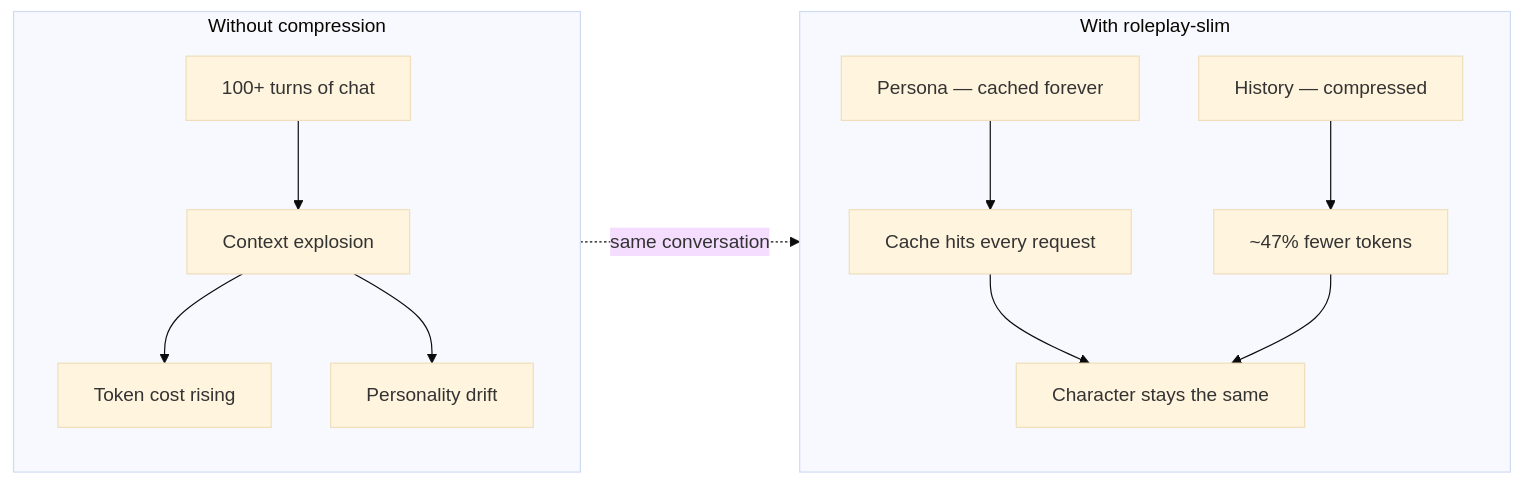
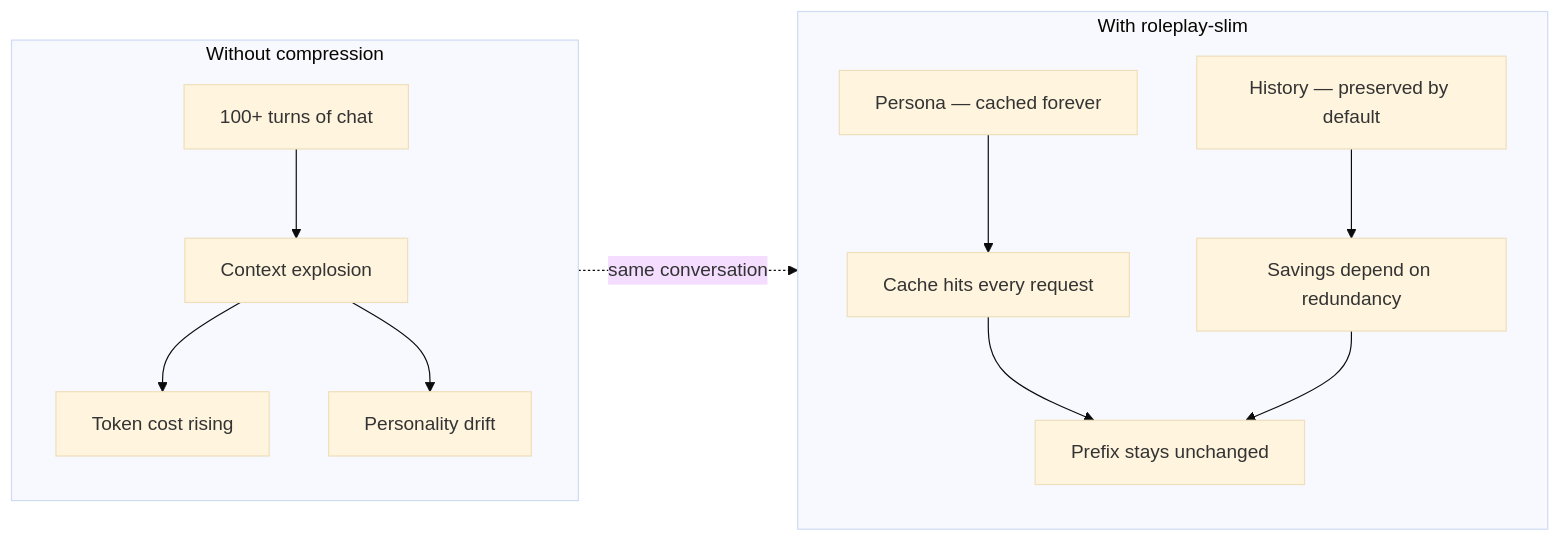
Before and after one commit to lucifergzsz414/roleplay-slim: the first of 2 diagrams in README.md, drawn with Mermaid (base theme). The commit also changed other lines of this file and 25 other files, not shown here.

````diff
--- a/README.md
+++ b/README.md
@@ -53,17 +60,17 @@
 ```mermaid
 flowchart LR
     subgraph WITHOUT["Without compression"]
         direction TB
         W1["100+ turns of chat"] --> W2["Context explosion"]
         W2 --> W3["Token cost rising"]
         W2 --> W4["Personality drift"]
     end
     subgraph WITH["With roleplay-slim"]
         direction TB
         S1["Persona — cached forever"] --> S3["Cache hits every request"]
-        S2["History — compressed"] --> S4["~47% fewer tokens"]
-        S3 --> S5["Character stays the same"]
+        S2["History — preserved by default"] --> S4["Savings depend on redundancy"]
+        S3 --> S5["Prefix stays unchanged"]
         S4 --> S5
     end
     WITHOUT -.->|"same conversation"| WITH
 ```
````
